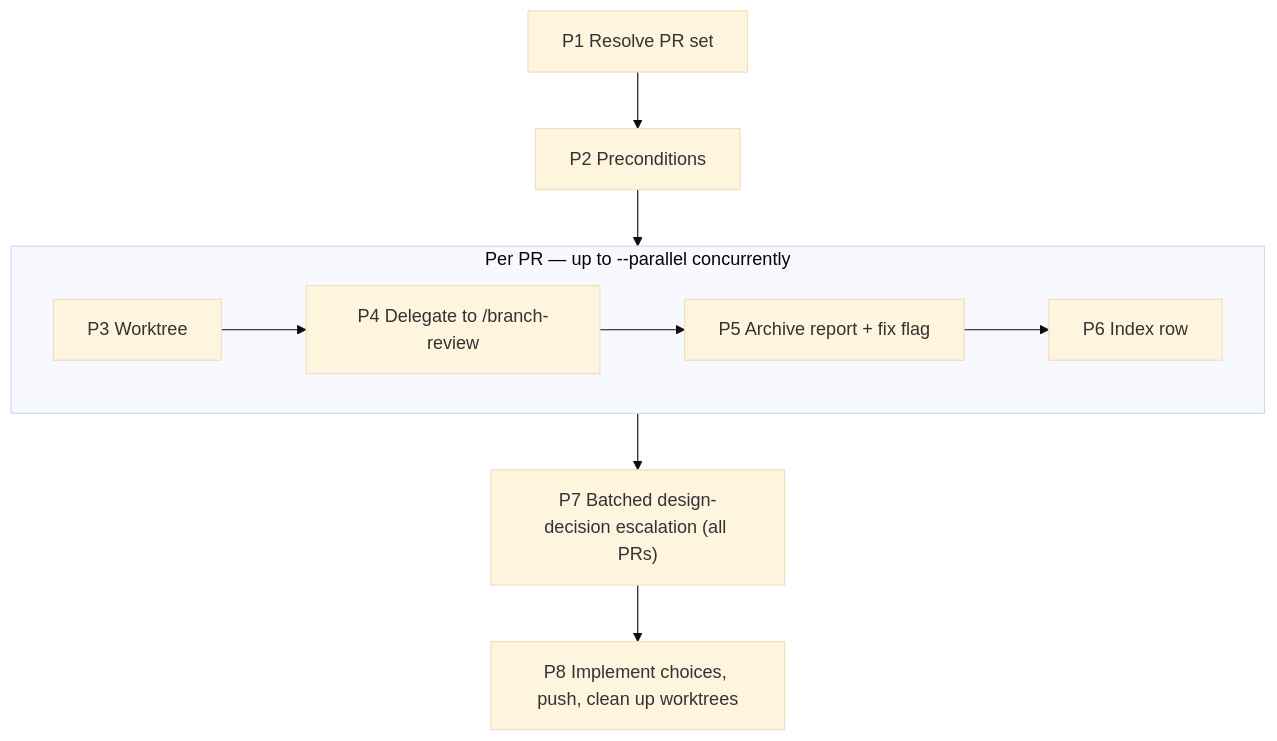
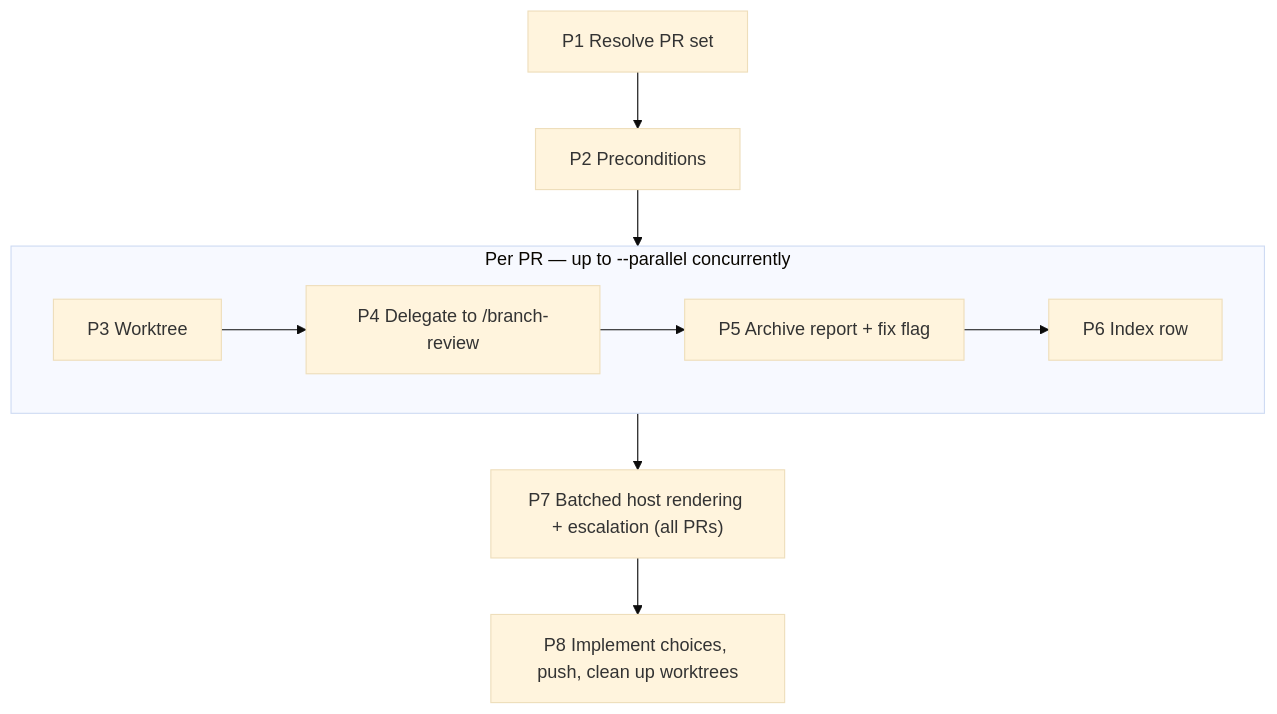
The diagram in skills/review-and-fix/SKILL.md (lx-wnk/skills), drawn with Mermaid (base theme) before and after one commit. The commit also changed other lines of this file and 5 other files, not shown here.

````diff
--- a/skills/review-and-fix/SKILL.md
+++ b/skills/review-and-fix/SKILL.md
@@ -51,12 +51,12 @@
 ```mermaid
 flowchart TD
   A["P1 Resolve PR set"] --> B["P2 Preconditions"]
   B --> PER
   subgraph PER["Per PR — up to --parallel concurrently"]
     C["P3 Worktree"] --> D["P4 Delegate to /branch-review"]
     D --> E["P5 Archive report + fix flag"]
     E --> F["P6 Index row"]
   end
-  PER --> G["P7 Batched design-decision escalation (all PRs)"]
+  PER --> G["P7 Batched host rendering + escalation (all PRs)"]
   G --> H["P8 Implement choices, push, clean up worktrees"]
 ```
````
